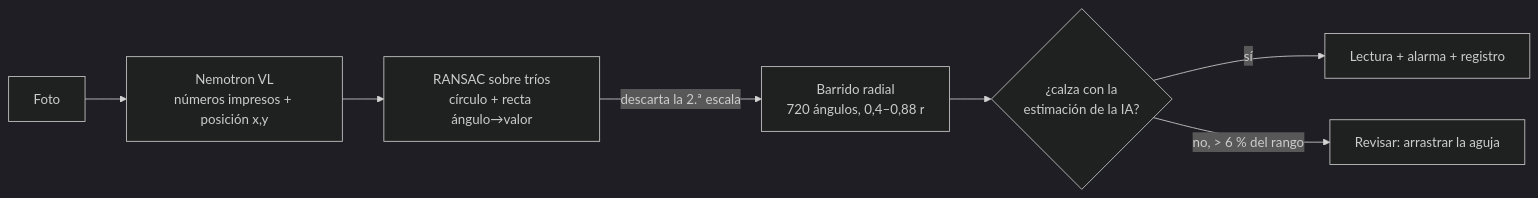
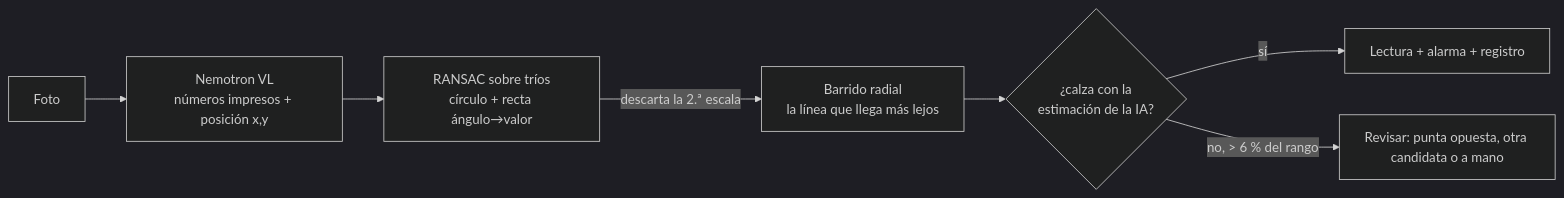
One commit to JSNN15/lector changed the diagram in README.md. Above: the diagram before and after it, drawn with Mermaid (dark theme). The commit also changed other lines of this file and 2 other files, not shown here.

Commit message:
La aguja se elige por alcance (punta, no contrapeso); panel para corregir y ver el error; calibración solo con cámara y con motivo del fallo

````diff
--- a/README.md
+++ b/README.md
@@ -24,9 +24,9 @@
 ```mermaid
 flowchart LR
     A[Foto] --> B["Nemotron VL<br/>números impresos + posición x,y"]
     B --> C["RANSAC sobre tríos<br/>círculo + recta ángulo→valor"]
-    C -->|descarta la 2.ª escala| D["Barrido radial<br/>720 ángulos, 0,4–0,88 r"]
+    C -->|descarta la 2.ª escala| D["Barrido radial<br/>la línea que llega más lejos"]
     D --> E{¿calza con la<br/>estimación de la IA?}
     E -->|sí| F[Lectura + alarma + registro]
-    E -->|no, > 6 % del rango| G[Revisar: arrastrar la aguja]
+    E -->|no, > 6 % del rango| G[Revisar: punta opuesta, otra candidata o a mano]
 ```
````
